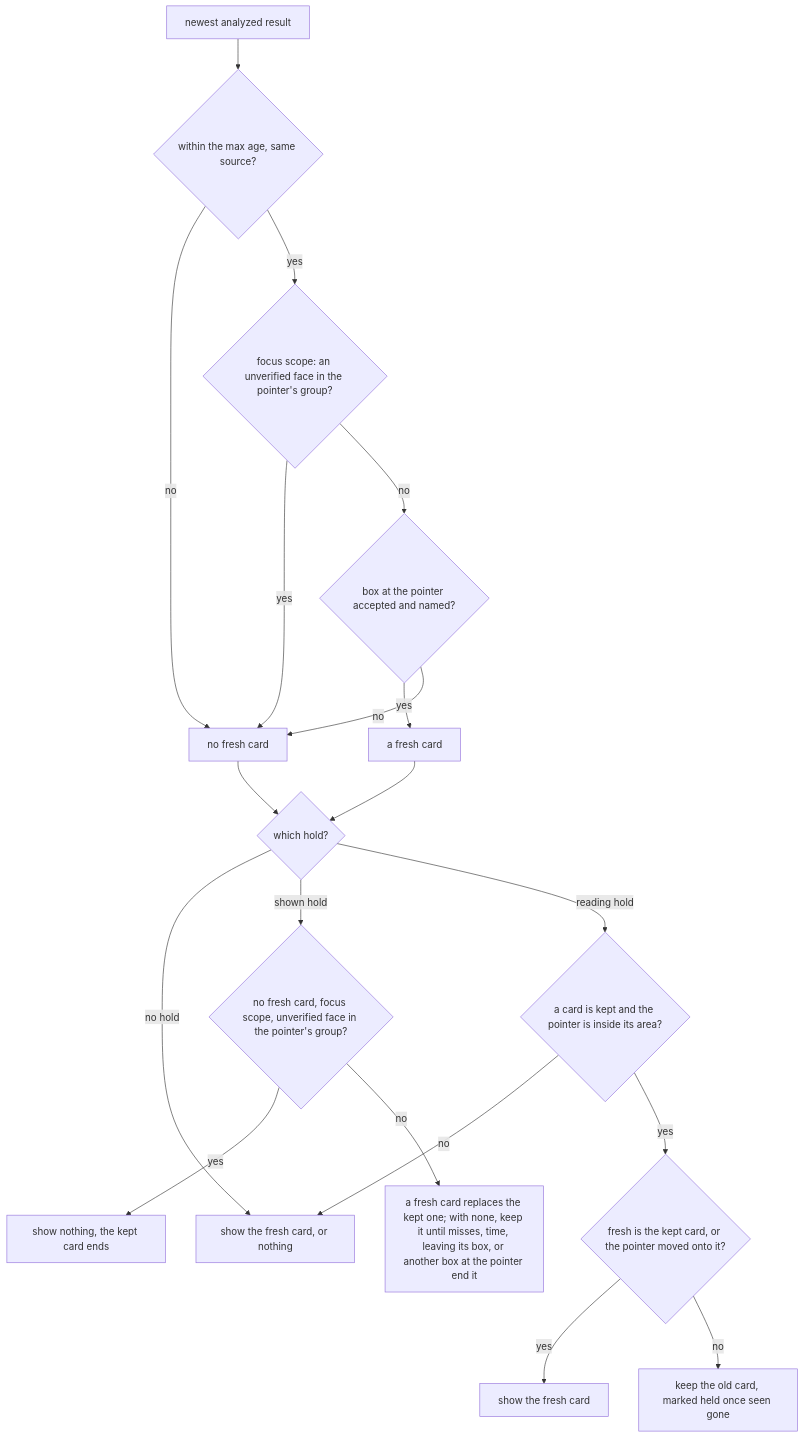
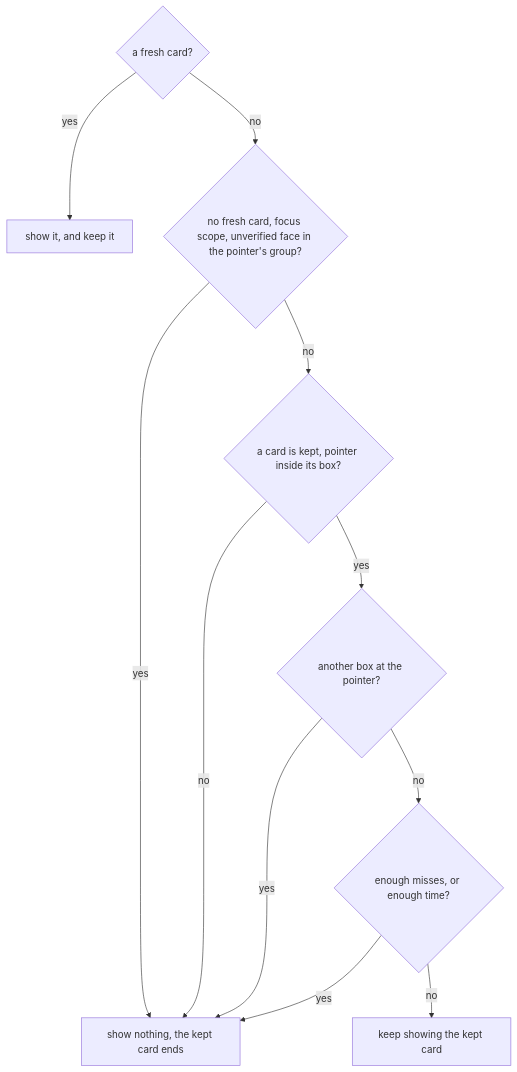
Before and after one commit to ryangswe/riftsight-vision: the ninth of 12 diagrams in docs/hover-map.md, drawn with Mermaid. The commit also changed other lines of this file and 1 other file, not shown here.

Commit message:
Hover map: lay out the frames top to bottom, split the shown-card diagram, say how the diagrams are drawn

````diff
--- a/docs/hover-map.md
+++ b/docs/hover-map.md
@@ -338,37 +379,22 @@
 ```mermaid
 flowchart TD
-  RES["newest analyzed result"]
-  AGE{"within the max age, same source?"}
-  FOCUS{"focus scope: an unverified face in the pointer's group?"}
-  NAMED{"box at the pointer accepted and named?"}
-  FRESH["a fresh card"]
-  NOFRESH["no fresh card"]
-  HOLD{"which hold?"}
-  OUT["show the fresh card, or nothing"]
-  KEEP["a fresh card replaces the kept one; with none, keep it until misses, time, leaving its box, or another box at the pointer end it"]
-  SHOWNF{"no fresh card, focus scope, unverified face in the pointer's group?"}
+  F{"a fresh card?"}
+  SHOW["show it, and keep it"]
+  FOC{"no fresh card, focus scope, unverified face in the pointer's group?"}
+  KEPT{"a card is kept, pointer inside its box?"}
+  OTHER{"another box at the pointer?"}
+  ENDED{"enough misses, or enough time?"}
+  KEEP["keep showing the kept card"]
   NOTHING["show nothing, the kept card ends"]
-  KEPT{"a card is kept and the pointer is inside its area?"}
-  SAME{"fresh is the kept card, or the pointer moved onto it?"}
-  NEW["show the fresh card"]
-  OLD["keep the old card, marked held once seen gone"]
 
-  RES --> AGE
-  AGE -->|no| NOFRESH
-  AGE -->|yes| FOCUS
-  FOCUS -->|yes| NOFRESH
-  FOCUS -->|no| NAMED
-  NAMED -->|yes| FRESH
-  NAMED -->|no| NOFRESH
-  FRESH --> HOLD
-  NOFRESH --> HOLD
-  HOLD -->|"no hold"| OUT
-  HOLD -->|"shown hold"| SHOWNF
-  SHOWNF -->|yes| NOTHING
-  SHOWNF -->|no| KEEP
-  HOLD -->|"reading hold"| KEPT
-  KEPT -->|no| OUT
-  KEPT -->|yes| SAME
-  SAME -->|yes| NEW
-  SAME -->|no| OLD
+  F -->|yes| SHOW
+  F -->|no| FOC
+  FOC -->|yes| NOTHING
+  FOC -->|no| KEPT
+  KEPT -->|no| NOTHING
+  KEPT -->|yes| OTHER
+  OTHER -->|yes| NOTHING
+  OTHER -->|no| ENDED
+  ENDED -->|yes| NOTHING
+  ENDED -->|no| KEEP
 ```
````
